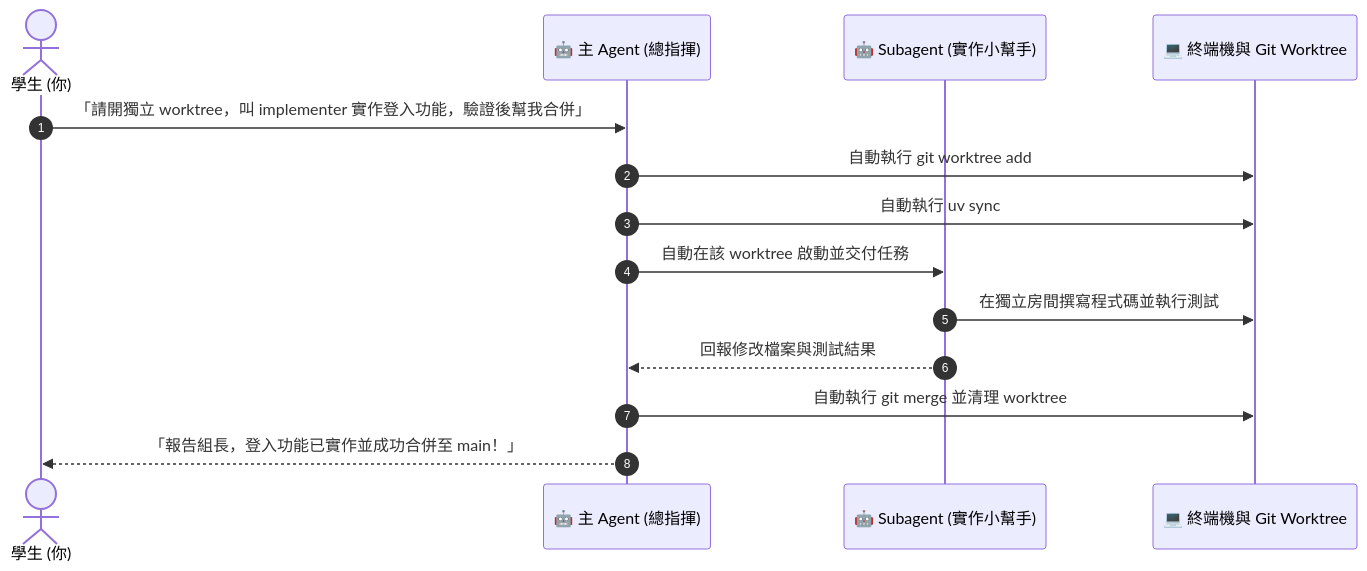
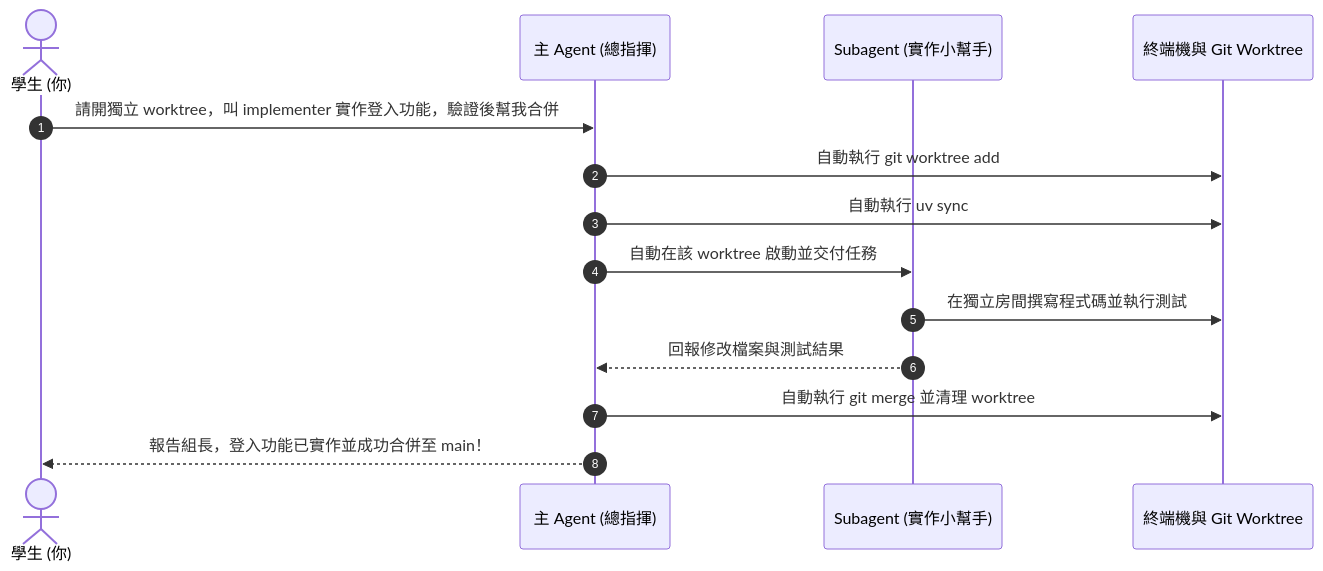
The third of 3 diagrams in opencode_suagent_and_worktree/README.md (roberthsu2003/__2026_06_17_playwirght__), drawn with Mermaid before and after one commit. The commit also changed other lines of this file, not shown here.

````diff
--- a/opencode_suagent_and_worktree/README.md
+++ b/opencode_suagent_and_worktree/README.md
@@ -146,17 +146,17 @@
 ```mermaid
 sequenceDiagram
     autonumber
     actor User as 學生 (你)
-    participant MainAgent as 🤖 主 Agent (總指揮)
-    participant SubAgent as 🤖 Subagent (實作小幫手)
-    participant Git as 💻 終端機與 Git Worktree
+    participant MainAgent as 主 Agent (總指揮)
+    participant SubAgent as Subagent (實作小幫手)
+    participant Git as 終端機與 Git Worktree
 
-    User->>MainAgent: 「請開獨立 worktree，叫 implementer 實作登入功能，驗證後幫我合併」
+    User->>MainAgent: 請開獨立 worktree，叫 implementer 實作登入功能，驗證後幫我合併
     MainAgent->>Git: 自動執行 git worktree add
     MainAgent->>Git: 自動執行 uv sync
     MainAgent->>SubAgent: 自動在該 worktree 啟動並交付任務
     SubAgent->>Git: 在獨立房間撰寫程式碼並執行測試
     SubAgent-->>MainAgent: 回報修改檔案與測試結果
     MainAgent->>Git: 自動執行 git merge 並清理 worktree
-    MainAgent-->>User: 「報告組長，登入功能已實作並成功合併至 main！」
+    MainAgent-->>User: 報告組長，登入功能已實作並成功合併至 main！
 ```
````
